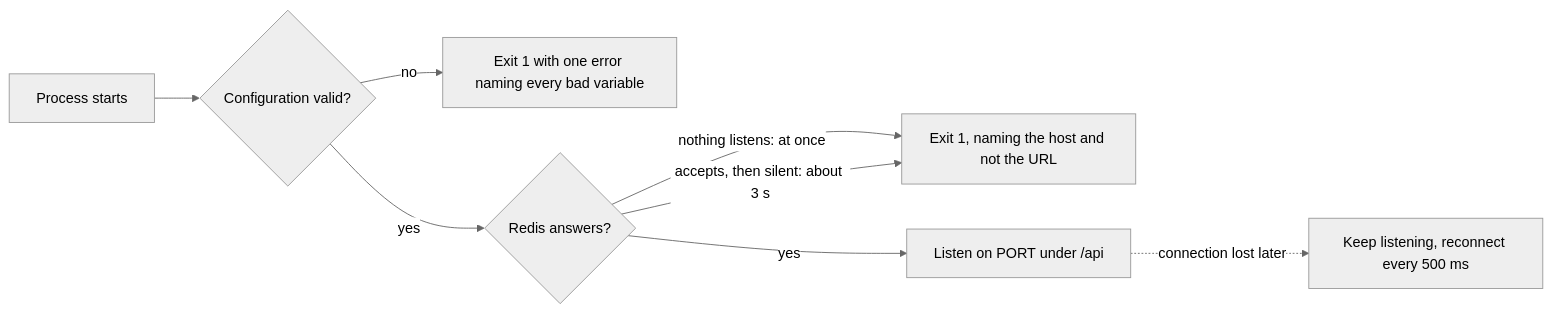
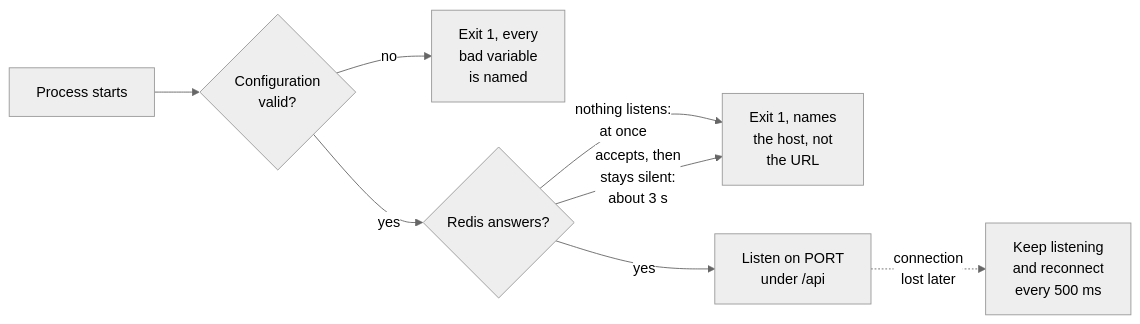
One commit to M4xP4s/bouncer-dashboard changed the diagram in docs/specs/platform.md. Above: the diagram before and after it, drawn with Mermaid (neutral theme). The commit also changed other lines of this file and 19 other files, not shown here.

````diff
--- a/docs/specs/platform.md
+++ b/docs/specs/platform.md
@@ -46,10 +46,10 @@
 ```mermaid
 flowchart LR
-    Start["Process starts"] --> Config{"Configuration valid?"}
-    Config -->|no| BadConfig["Exit 1 with one error naming every bad variable"]
+    Start["Process starts"] --> Config{"Configuration<br/>valid?"}
+    Config -->|no| BadConfig["Exit 1, every<br/>bad variable<br/>is named"]
     Config -->|yes| Redis{"Redis answers?"}
-    Redis -->|"nothing listens: at once"| NoRedis["Exit 1, naming the host and not the URL"]
-    Redis -->|"accepts, then silent: about 3 s"| NoRedis
-    Redis -->|yes| Listen["Listen on PORT under /api"]
-    Listen -.->|"connection lost later"| Retry["Keep listening, reconnect every 500 ms"]
+    Redis -->|"nothing listens:<br/>at once"| NoRedis["Exit 1, names<br/>the host, not<br/>the URL"]
+    Redis -->|"accepts, then<br/>stays silent:<br/>about 3 s"| NoRedis
+    Redis -->|yes| Listen["Listen on PORT<br/>under /api"]
+    Listen -.->|"connection<br/>lost later"| Retry["Keep listening<br/>and reconnect<br/>every 500 ms"]
 ```
````
